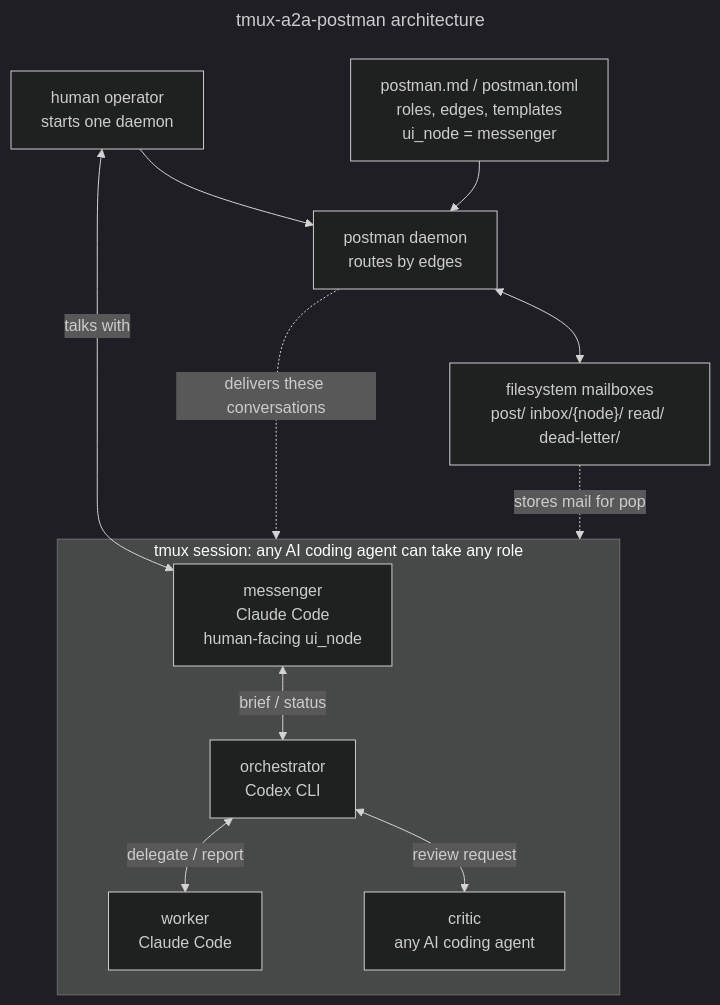
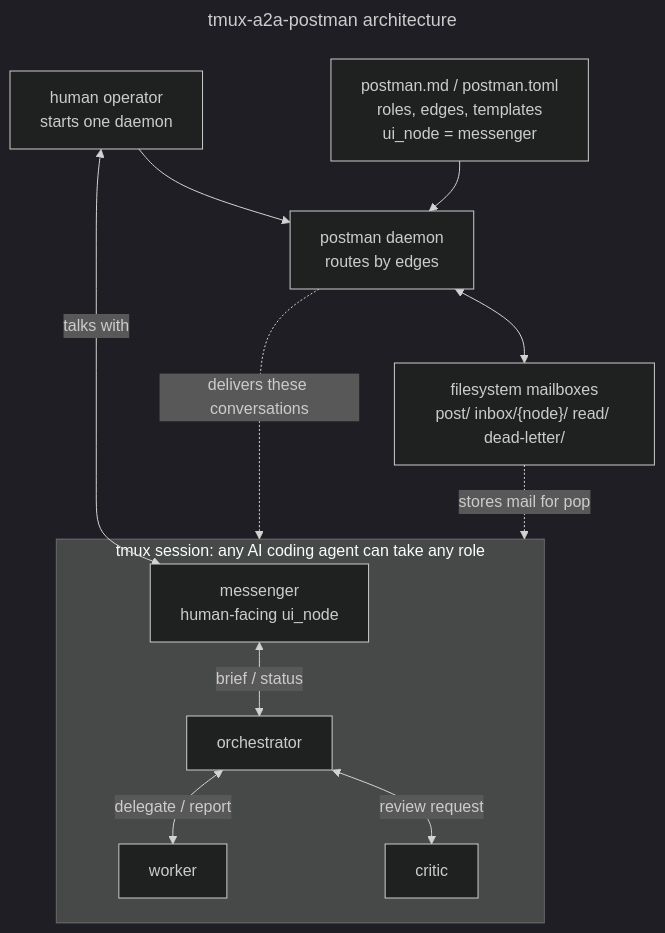
Before and after one commit to i9wa4/tmux-a2a-postman: the first of 2 diagrams in README.md, drawn with Mermaid (dark theme).

Commit message:
docs: generalize concept diagram agents

````diff
--- a/README.md
+++ b/README.md
@@ -14,27 +14,27 @@
 ```mermaid
 ---
 title: tmux-a2a-postman architecture
 ---
 graph TD
     human["human operator\nstarts one daemon"]
     config["postman.md / postman.toml\nroles, edges, templates\nui_node = messenger"]
     daemon["postman daemon\nroutes by edges"]
     mailbox["filesystem mailboxes\npost/ inbox/{node}/ read/ dead-letter/"]
 
     subgraph tmux["tmux session: any AI coding agent can take any role"]
-        messenger["messenger\nClaude Code\nhuman-facing ui_node"]
-        orchestrator["orchestrator\nCodex CLI"]
-        worker["worker\nClaude Code"]
-        critic["critic\nany AI coding agent"]
+        messenger["messenger\nhuman-facing ui_node"]
+        orchestrator["orchestrator"]
+        worker["worker"]
+        critic["critic"]
     end
 
     human --> daemon
     human <--> |talks with| messenger
     config --> daemon
     messenger <--> |brief / status| orchestrator
     orchestrator <--> |delegate / report| worker
     orchestrator <--> |review request| critic
     daemon <--> mailbox
     daemon -.->|delivers these conversations| tmux
     mailbox -.->|stores mail for pop| tmux
 ```
````
